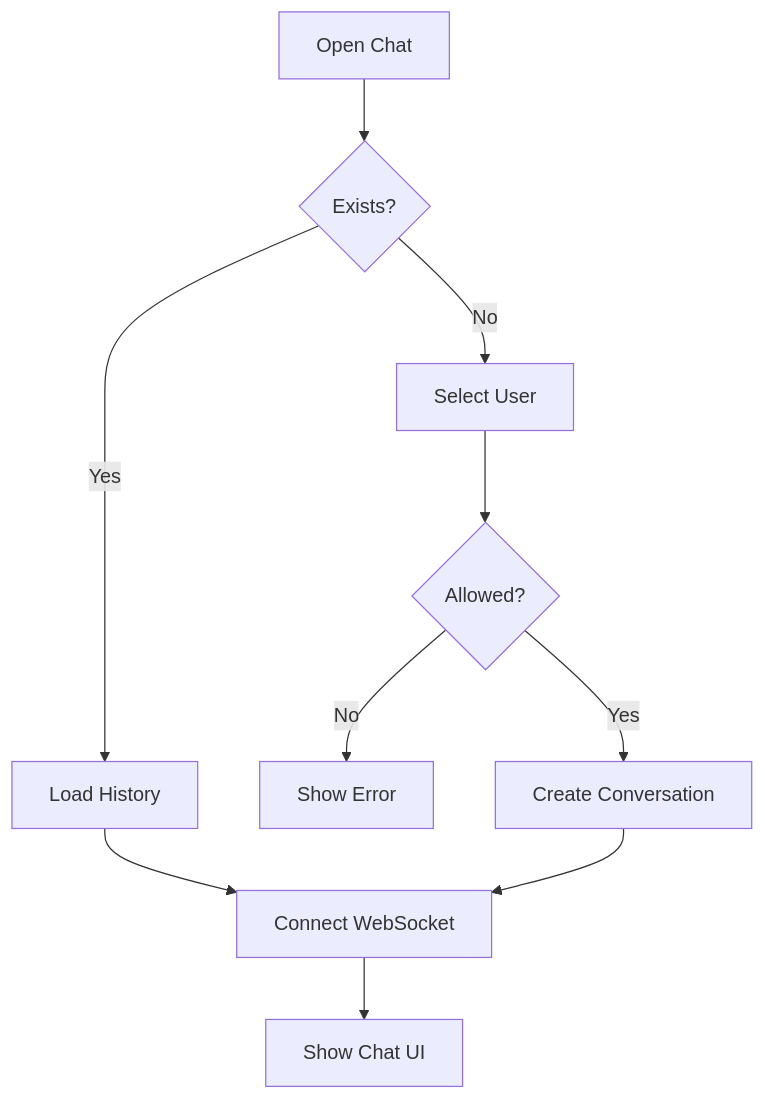
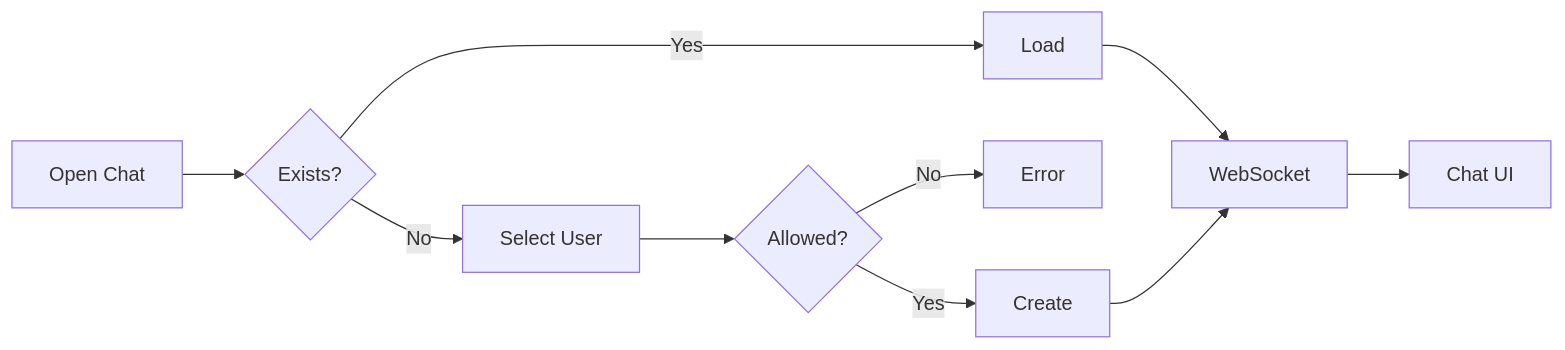
One commit to coded-with-aryan0426/gym-management-system-fullstack changed the ninth of 14 diagrams in docs/workflows.md. Above: the diagram before and after it, drawn with Mermaid. The commit also changed other lines of this file and 16 other files, not shown here.

````diff
--- a/docs/workflows.md
+++ b/docs/workflows.md
@@ -165,12 +175,12 @@
 ```mermaid
-flowchart TB
+flowchart LR
     A[Open Chat] --> B{Exists?}
-    B -->|Yes| C[Load History]
+    B -->|Yes| C[Load]
     B -->|No| D[Select User]
     D --> E{Allowed?}
-    E -->|No| F[Show Error]
-    E -->|Yes| G[Create Conversation]
-    C --> H[Connect WebSocket]
+    E -->|No| F[Error]
+    E -->|Yes| G[Create]
+    C --> H[WebSocket]
     G --> H
-    H --> I[Show Chat UI]
+    H --> I[Chat UI]
 ```
````
